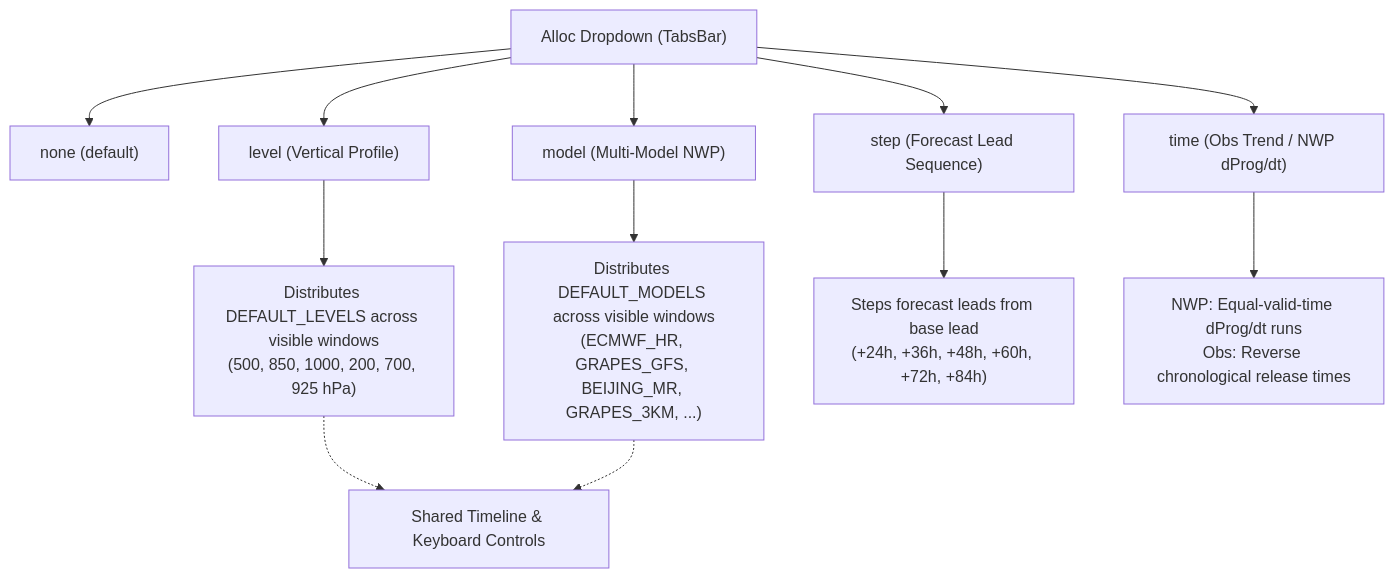
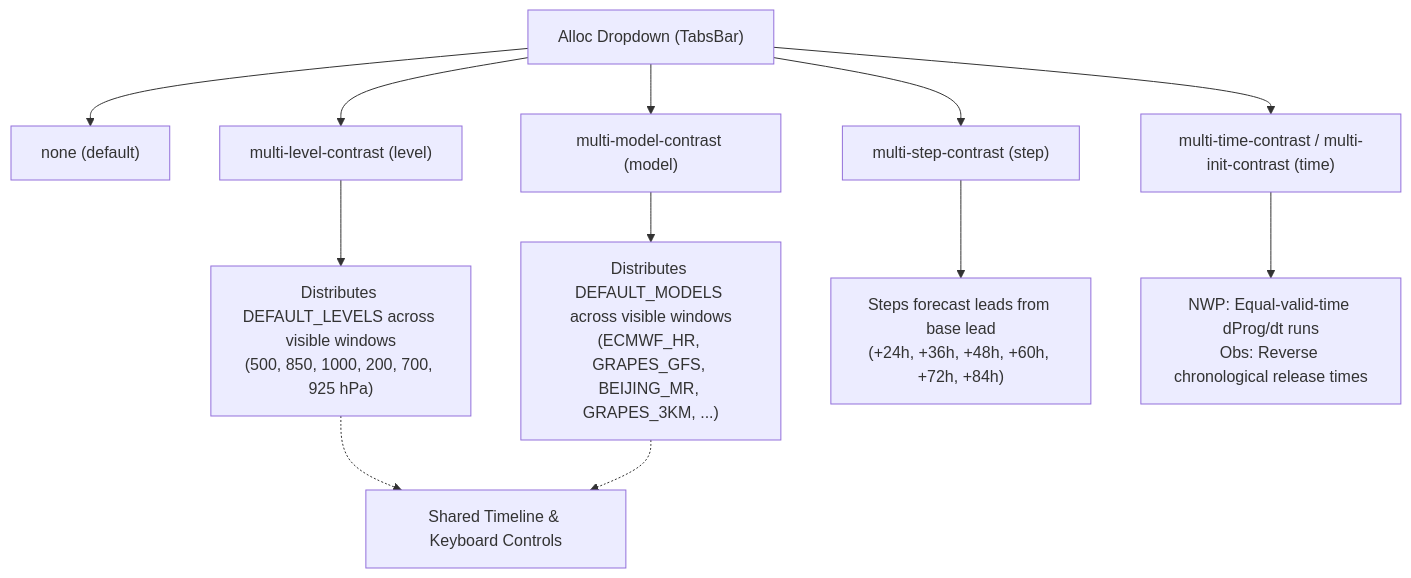
One commit to likev/micaps-web changed the first of 2 diagrams in auto-allocation.md. Above: the diagram before and after it, drawn with Mermaid. The commit also changed other lines of this file and 11 other files, not shown here.

````diff
--- a/auto-allocation.md
+++ b/auto-allocation.md
@@ -39,16 +39,16 @@
 ```mermaid
 flowchart TD
     Select["Alloc Dropdown (TabsBar)"] --> None["none (default)"]
-    Select --> Level["level (Vertical Profile)"]
-    Select --> Model["model (Multi-Model NWP)"]
-    Select --> Step["step (Forecast Lead Sequence)"]
-    Select --> Time["time (Obs Trend / NWP dProg/dt)"]
+    Select --> Level["multi-level-contrast (level)"]
+    Select --> Model["multi-model-contrast (model)"]
+    Select --> Step["multi-step-contrast (step)"]
+    Select --> Time["multi-time-contrast / multi-init-contrast (time)"]
 
     Level --> L_Action["Distributes DEFAULT_LEVELS across visible windows<br/>(500, 850, 1000, 200, 700, 925 hPa)"]
     Model --> M_Action["Distributes DEFAULT_MODELS across visible windows<br/>(ECMWF_HR, GRAPES_GFS, BEIJING_MR, GRAPES_3KM, ...)"]
     Step --> S_Action["Steps forecast leads from base lead<br/>(+24h, +36h, +48h, +60h, +72h, +84h)"]
     Time --> T_Action["NWP: Equal-valid-time dProg/dt runs<br/>Obs: Reverse chronological release times"]
 
     L_Action -.-> Sync["Shared Timeline & Keyboard Controls"]
     M_Action -.-> Sync
 ```
````
